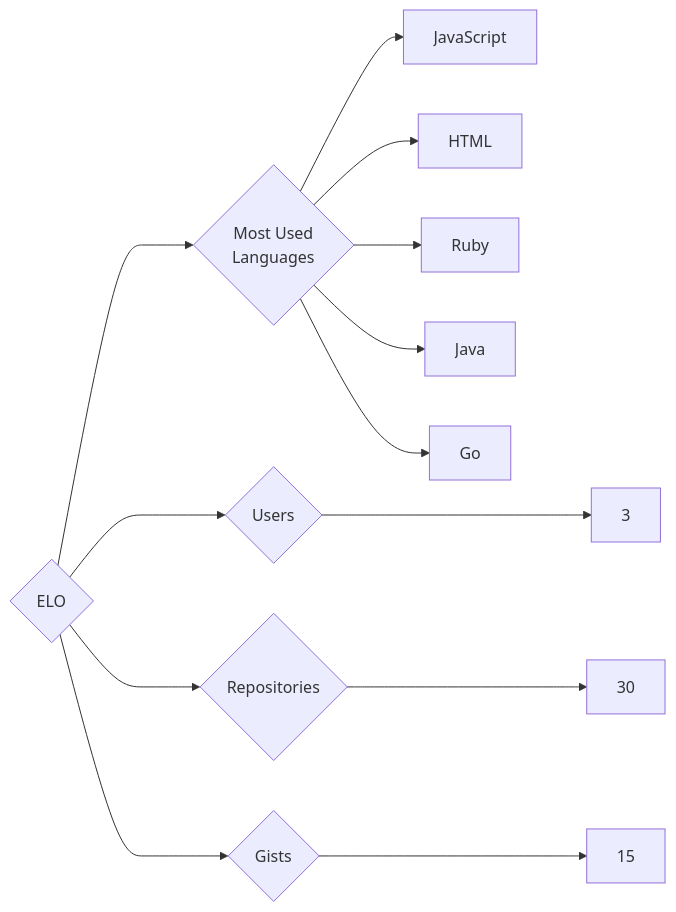
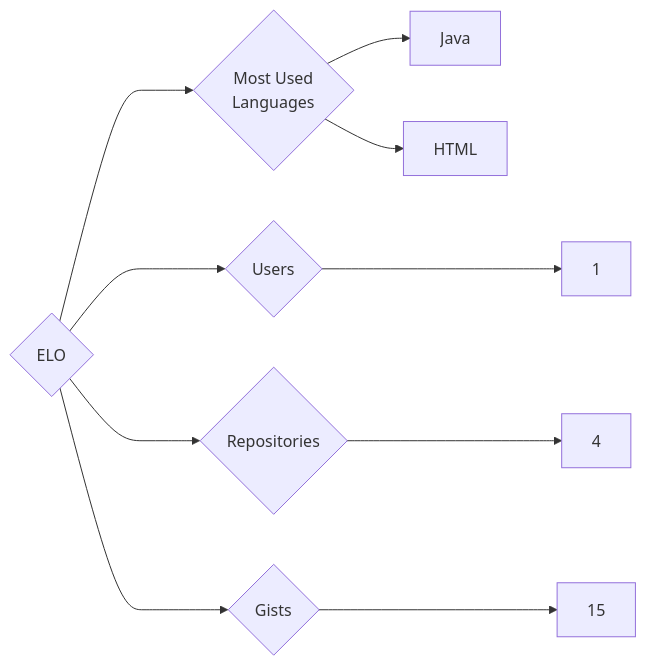
Before and after one commit to trickest/insiders: the diagram in targets/ELO/README.md, drawn with Mermaid. The commit also changed 815 other files, not shown here.

````diff
--- a/targets/ELO/README.md
+++ b/targets/ELO/README.md
@@ -3,13 +3,10 @@
 ```mermaid
 graph LR
 COMPANY_NAME{ELO}
-COMPANY_NAME ---> U{Users} ---> UN[3]
-COMPANY_NAME ---> R{Repositories} ---> RN[30]
+COMPANY_NAME ---> U{Users} ---> UN[1]
+COMPANY_NAME ---> R{Repositories} ---> RN[4]
 COMPANY_NAME ---> G{Gists} ---> GN[15]
 COMPANY_NAME ---> ML{Most Used<br>Languages}
-ML --> JavaScript[JavaScript]
+ML --> Java[Java]
 ML --> HTML[HTML]
-ML --> Ruby[Ruby]
-ML --> Java[Java]
-ML --> Go[Go]
 ```
````
